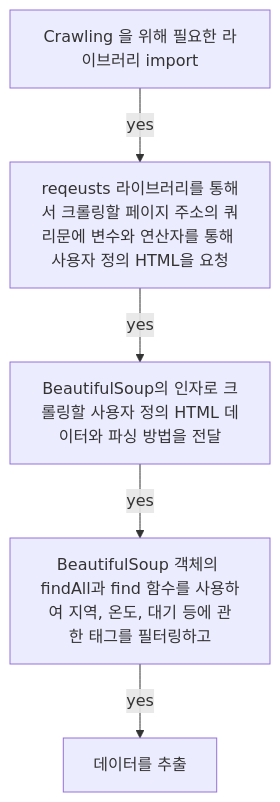
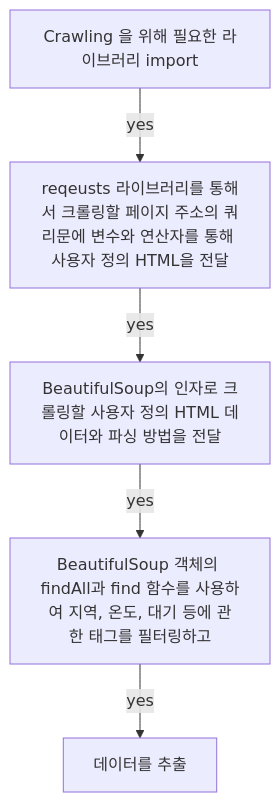
One commit to mchaemil/mchaemil.github.io changed the second of 3 diagrams in _posts/2019-12-09-python-web-crawling.md. Above: the diagram before and after it, drawn with Mermaid. The commit also changed other lines of this file, not shown here.

````diff
--- a/_posts/2019-12-09-python-web-crawling.md
+++ b/_posts/2019-12-09-python-web-crawling.md
@@ -102,13 +102,13 @@
 ```mermaid
 graph TB;
     A[Crawling 을 위해 필요한 라이브러리 import]
-    B[reqeusts 라이브러리를 통해서 크롤링할 페이지 주소의 쿼리문에 변수와 연산자를 통해 사용자 정의 HTML을 요청]
+    B[reqeusts 라이브러리를 통해서 크롤링할 페이지 주소의 쿼리문에 변수와 연산자를 통해 사용자 정의 HTML을 전달]
 	C[BeautifulSoup의 인자로 크롤링할 사용자 정의 HTML 데이터와 파싱 방법을 전달]    
     D[BeautifulSoup 객체의 findAll과 find 함수를 사용하여 지역, 온도, 대기 등에 관한 태그를 필터링하고]
 	E[데이터를 추출]
     A--yes-->B;
     B--yes-->C;
     C--yes-->D;	
     D--yes-->E;
 	
 ```
````
